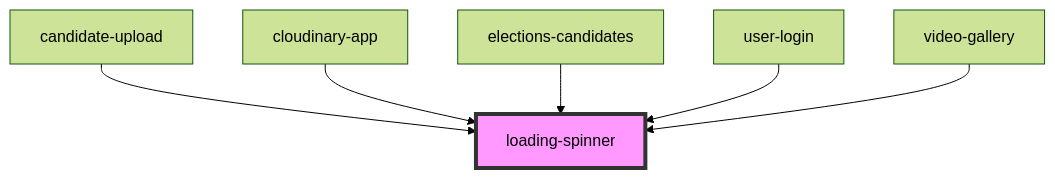
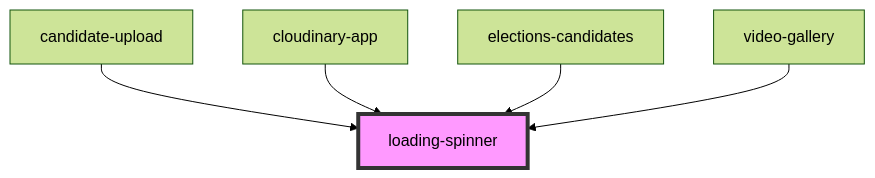
Before and after one commit to dev-kylo/component_library: the diagram in src/components/spinner/readme.md, drawn with Mermaid (forest theme). The commit also changed other lines of this file and 5 other files, not shown here.

````diff
--- a/src/components/spinner/readme.md
+++ b/src/components/spinner/readme.md
@@ -27,9 +26,8 @@
 ```mermaid
 graph TD;
   candidate-upload --> loading-spinner
   cloudinary-app --> loading-spinner
   elections-candidates --> loading-spinner
-  user-login --> loading-spinner
   video-gallery --> loading-spinner
   style loading-spinner fill:#f9f,stroke:#333,stroke-width:4px
 ```
````
